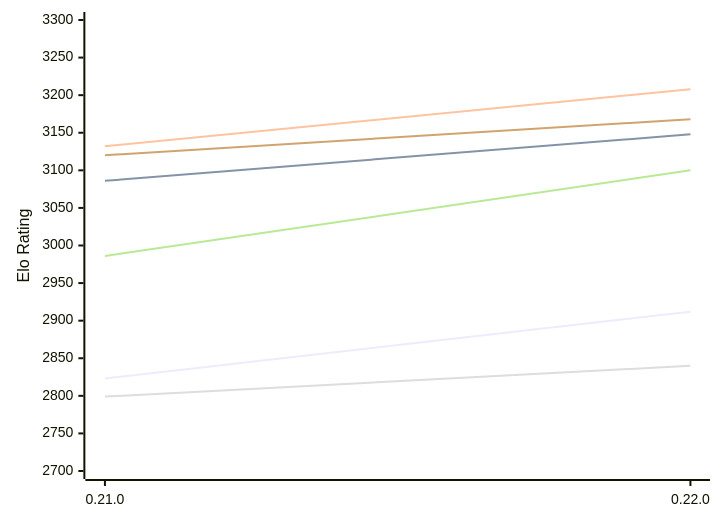
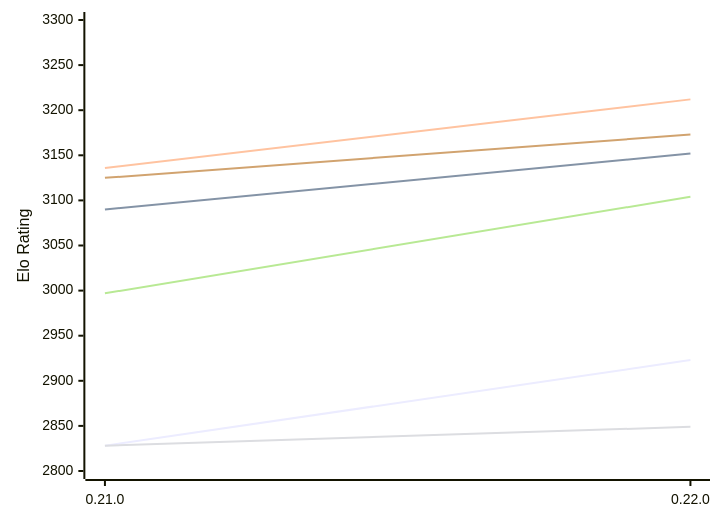
Before and after one commit to computer-chess-index/cci: the first of 2 diagrams in engines/Princhess.md, drawn with Mermaid. The commit also changed other lines of this file, not shown here.

Commit message:
Update CCI Ratings (ELO VLTC) - 2026-11-20

````diff
--- a/engines/Princhess.md
+++ b/engines/Princhess.md
@@ -50,12 +50,12 @@
 ```mermaid
 %%{init: {"theme":"base","themeVariables":{"seriesColors:['#a3a3a3','#222221','#faa371']}}}%%
 xychart-beta
   x-axis ["0.21.0", "0.22.0"]
-  y-axis "Elo Rating" 2700 --> 3300
-  line "E1: STC (8.0+0.08s)" [2823, 2912]
-  line "E1: LTC (60.0+0.60s)" [3086, 3148]
-  line "E1: VLTC (2m24s+1.12s)" [3132, 3208]
-  line "P1: STC (8.0+0.08s)" [2799, 2840]
-  line "P1: LTC (60.0+0.60s)" [2986, 3100]
-  line "P1: VLTC (2m24s+1.12s)" [3120, 3168]
+  y-axis "Elo Rating" 2800 --> 3300
+  line "E1: STC (8.0+0.08s)" [2828, 2923]
+  line "E1: LTC (60.0+0.60s)" [3090, 3152]
+  line "E1: VLTC (2m24s+1.12s)" [3136, 3212]
+  line "P1: STC (8.0+0.08s)" [2828, 2849]
+  line "P1: LTC (60.0+0.60s)" [2997, 3104]
+  line "P1: VLTC (2m24s+1.12s)" [3125, 3173]
 ```
````
